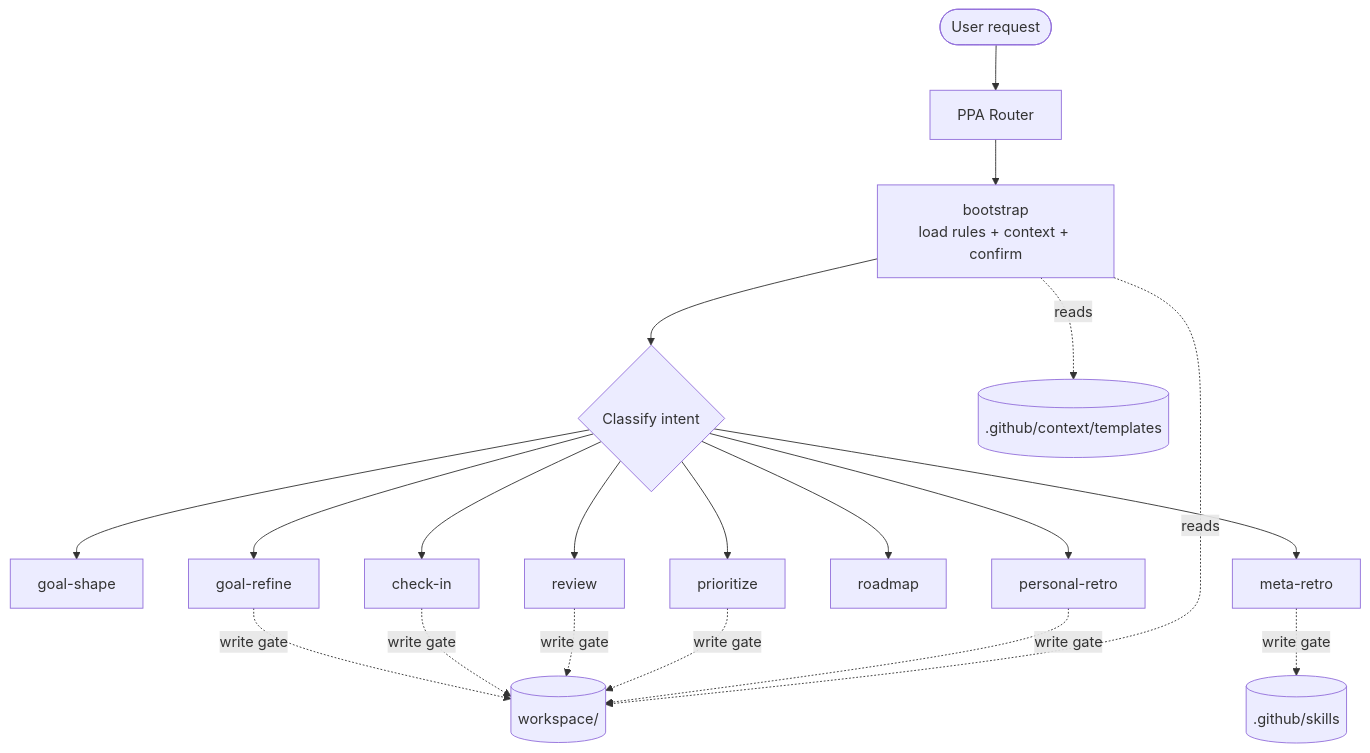
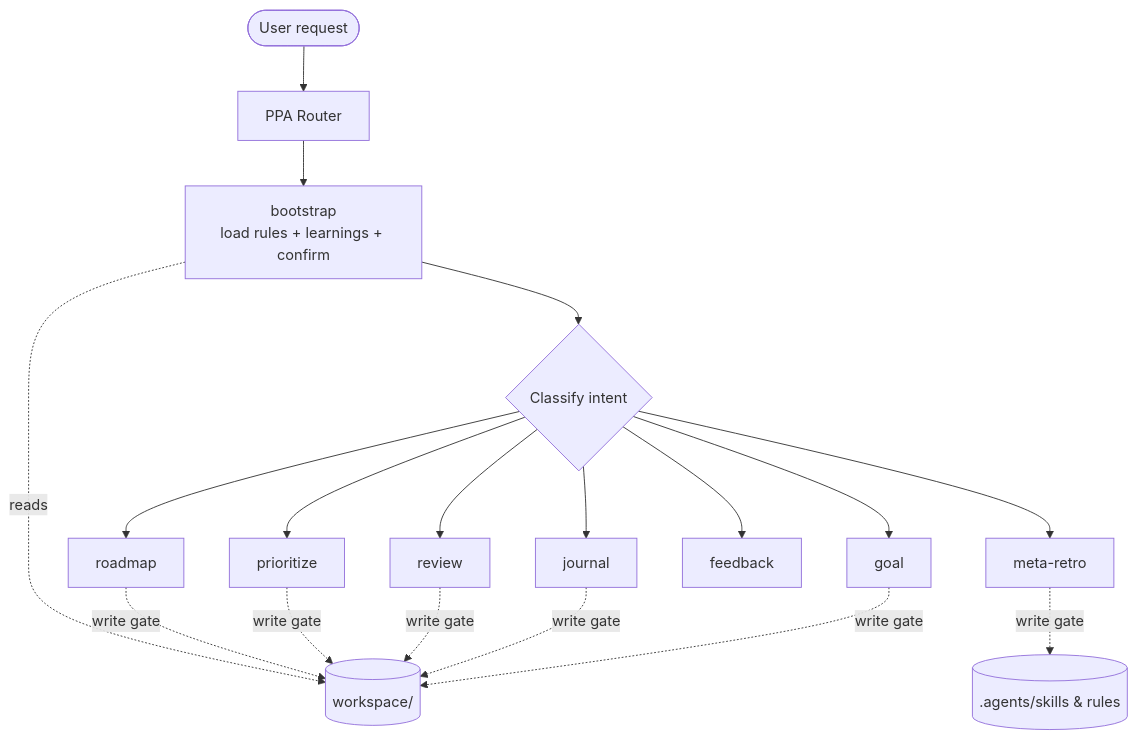
Before and after one commit to hendrik-bene-perdok/personal-performance-assistant: the diagram in README.md, drawn with Mermaid. The commit also changed other lines of this file and 30 other files, not shown here.

````diff
--- a/README.md
+++ b/README.md
@@ -55,25 +48,23 @@
 ```mermaid
 flowchart TD
     User([User request]) --> Router[PPA Router]
-    Router --> Context[bootstrap\nload rules + context + confirm]
+    Router --> Context[bootstrap\nload rules + learnings + confirm]
     Context --> Intent{Classify intent}
 
-    Intent --> GoalShape[goal-shape]
-    Intent --> GoalRefine[goal-refine]
-    Intent --> CheckIn[check-in]
+    Intent --> Goal[goal]
+    Intent --> Journal[journal]
     Intent --> Review[review]
     Intent --> Prioritize[prioritize]
     Intent --> Roadmap[roadmap]
-    Intent --> PersonalRetro[personal-retro]
+    Intent --> Feedback[feedback]
     Intent --> MetaRetro[meta-retro]
 
-    GoalRefine -.write gate.-> Workspace[(workspace/)]
-    CheckIn -.write gate.-> Workspace
+    Goal -.write gate.-> Workspace[(workspace/)]
+    Journal -.write gate.-> Workspace
     Review -.write gate.-> Workspace
     Prioritize -.write gate.-> Workspace
-    PersonalRetro -.write gate.-> Workspace
-    MetaRetro -.write gate.-> Skills[(.github/skills)]
+    Roadmap -.write gate.-> Workspace
+    MetaRetro -.write gate.-> Skills[(.agents/skills & rules)]
 
     Context -.reads.-> Workspace
-    Context -.reads.-> Templates[(.github/context/templates)]
 ```
````
